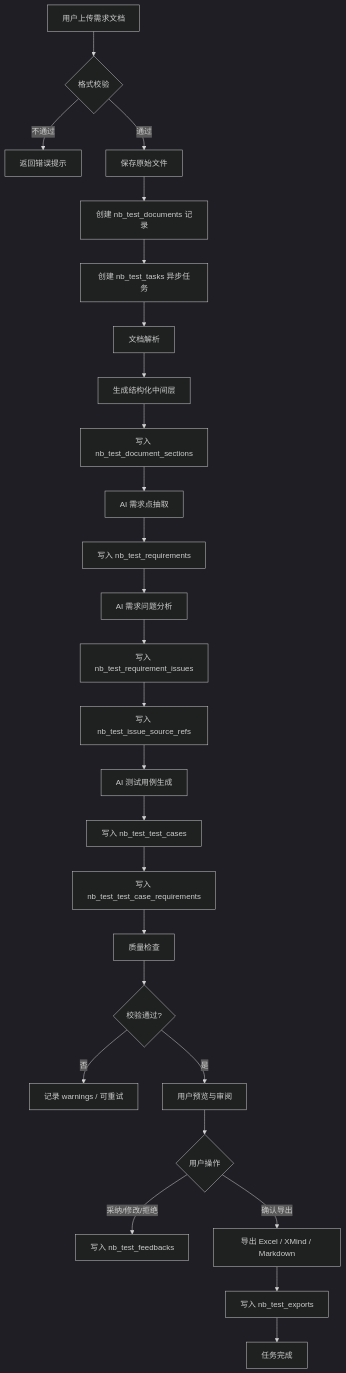
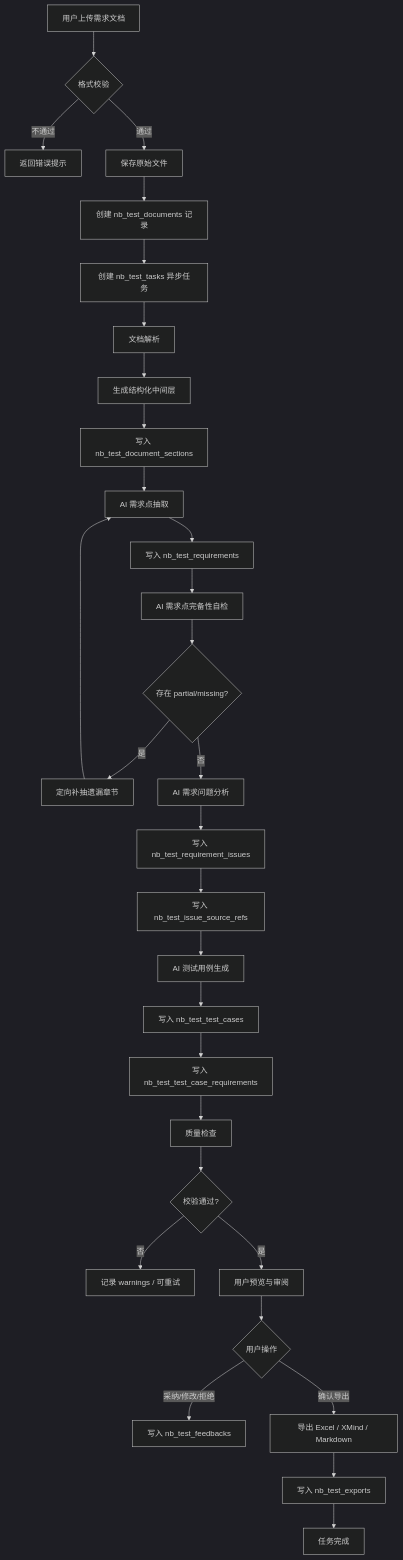
Before and after one commit to lauragao/ai-test-platform: the second of 10 diagrams in 流程图.md, drawn with Mermaid (dark theme). The commit also changed other lines of this file and 38 other files, not shown here.

````diff
--- a/流程图.md
+++ b/流程图.md
@@ -65,32 +65,36 @@
 ```mermaid
 flowchart TD
     A[用户上传需求文档] --> B{格式校验}
     B -->|不通过| B1[返回错误提示]
     B -->|通过| C[保存原始文件]
     C --> D[创建 nb_test_documents 记录]
     D --> E[创建 nb_test_tasks 异步任务]
     E --> F[文档解析]
     F --> G[生成结构化中间层]
     G --> H[写入 nb_test_document_sections]
 
     H --> I[AI 需求点抽取]
     I --> J[写入 nb_test_requirements]
-    J --> K[AI 需求问题分析]
+    J --> I2[AI 需求点完备性自检]
+    I2 --> I2a{存在 partial/missing?}
+    I2a -->|是| I2b[定向补抽遗漏章节]
+    I2b --> I
+    I2a -->|否| K[AI 需求问题分析]
     K --> L[写入 nb_test_requirement_issues]
     L --> M[写入 nb_test_issue_source_refs]
 
     M --> N[AI 测试用例生成]
     N --> O[写入 nb_test_test_cases]
     O --> P[写入 nb_test_test_case_requirements]
 
     P --> Q[质量检查]
     Q --> R{校验通过?}
     R -->|否| S[记录 warnings / 可重试]
     R -->|是| T[用户预览与审阅]
 
     T --> U{用户操作}
     U -->|采纳/修改/拒绝| V[写入 nb_test_feedbacks]
     U -->|确认导出| W[导出 Excel / XMind / Markdown]
     W --> X[写入 nb_test_exports]
     X --> Y[任务完成]
 ```
````
